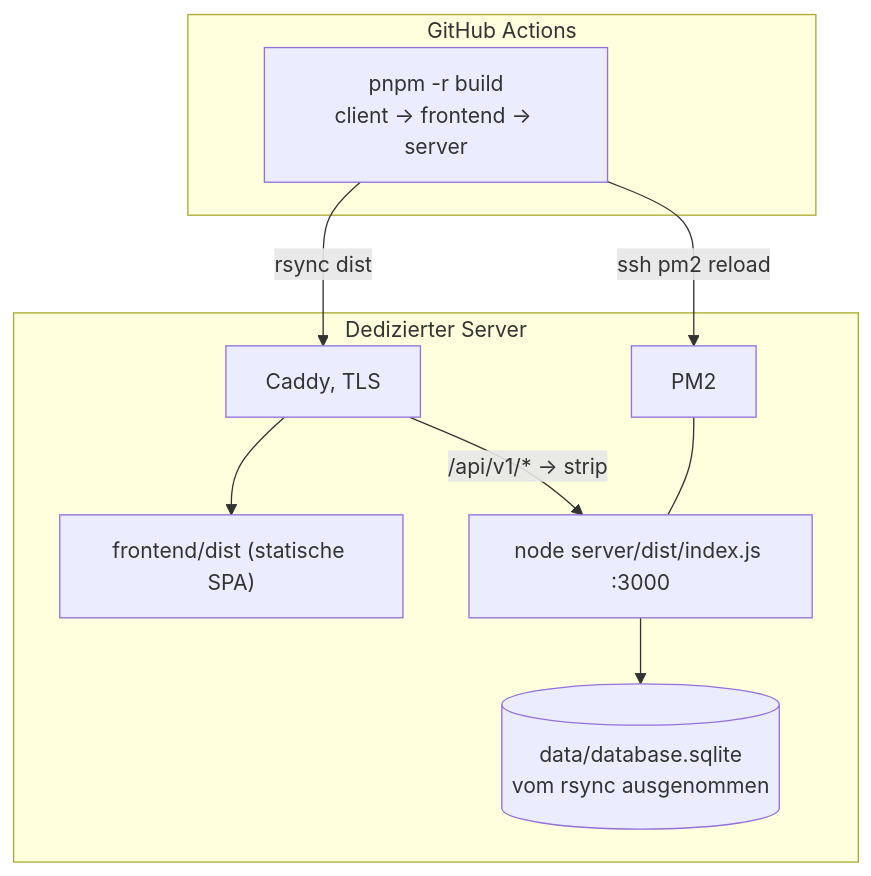
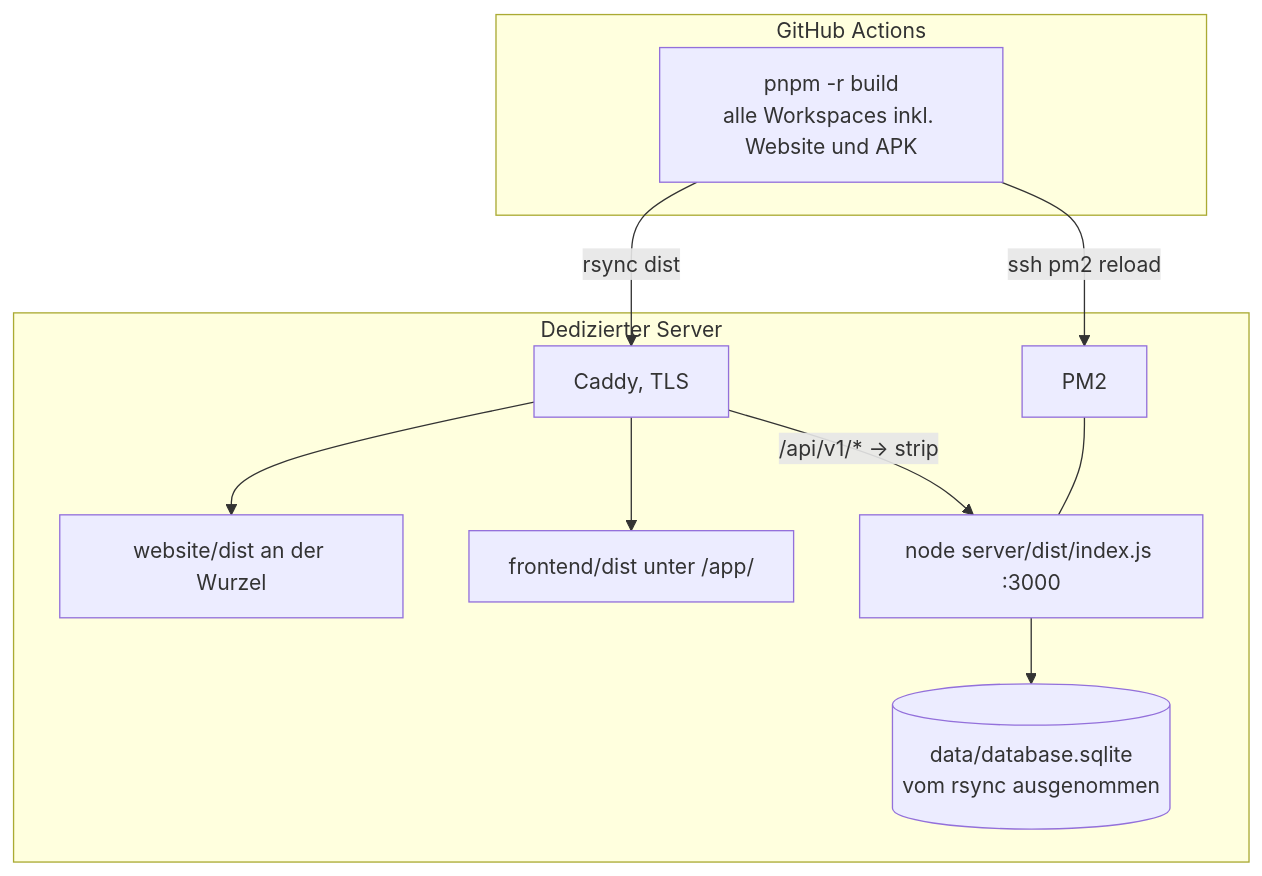
The fifth of 5 diagrams in docs/arc42.md (deleonio/priority-pilot), drawn with Mermaid before and after one commit. The commit also changed other lines of this file, not shown here.

````diff
--- a/docs/arc42.md
+++ b/docs/arc42.md
@@ -270,14 +310,15 @@
 ```mermaid
 graph TD
     subgraph GHA["GitHub Actions"]
-        Build["pnpm -r build<br/>client → frontend → server"]
+        Build["pnpm -r build<br/>alle Workspaces inkl. Website und APK"]
     end
     subgraph Host["Dedizierter Server"]
-        Caddy[Caddy, TLS] --> SPA["frontend/dist (statische SPA)"]
+        Caddy[Caddy, TLS] --> Web["website/dist an der Wurzel"]
+        Caddy --> SPA["frontend/dist unter /app/"]
         Caddy -->|"/api/v1/* → strip"| Node["node server/dist/index.js :3000"]
         Node --> SQLite[("data/database.sqlite<br/>vom rsync ausgenommen")]
         PM2[PM2] --- Node
     end
     Build -->|rsync dist| Caddy
     Build -->|ssh pm2 reload| PM2
 ```
````
